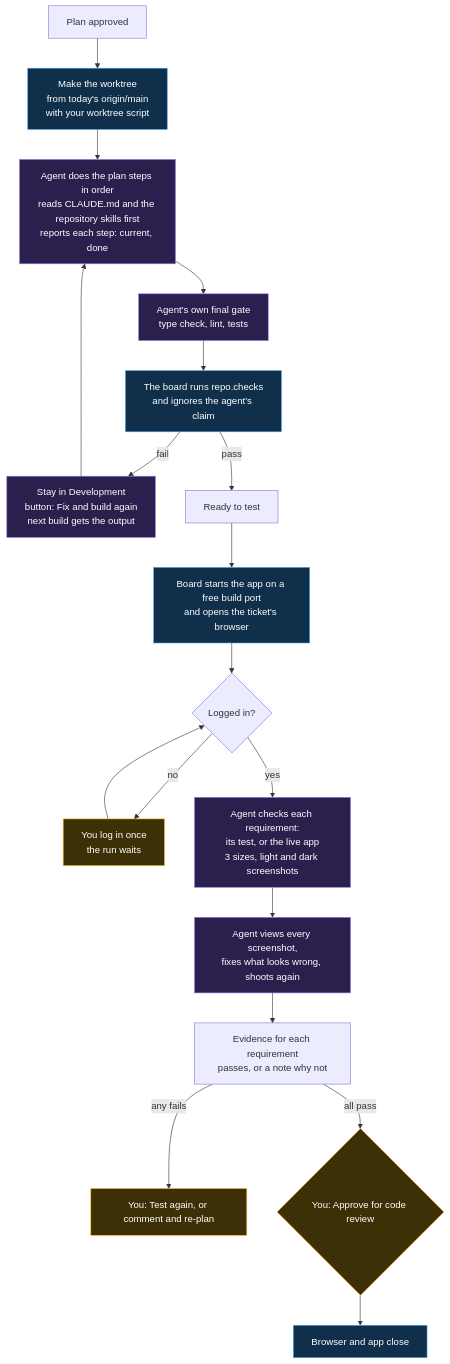
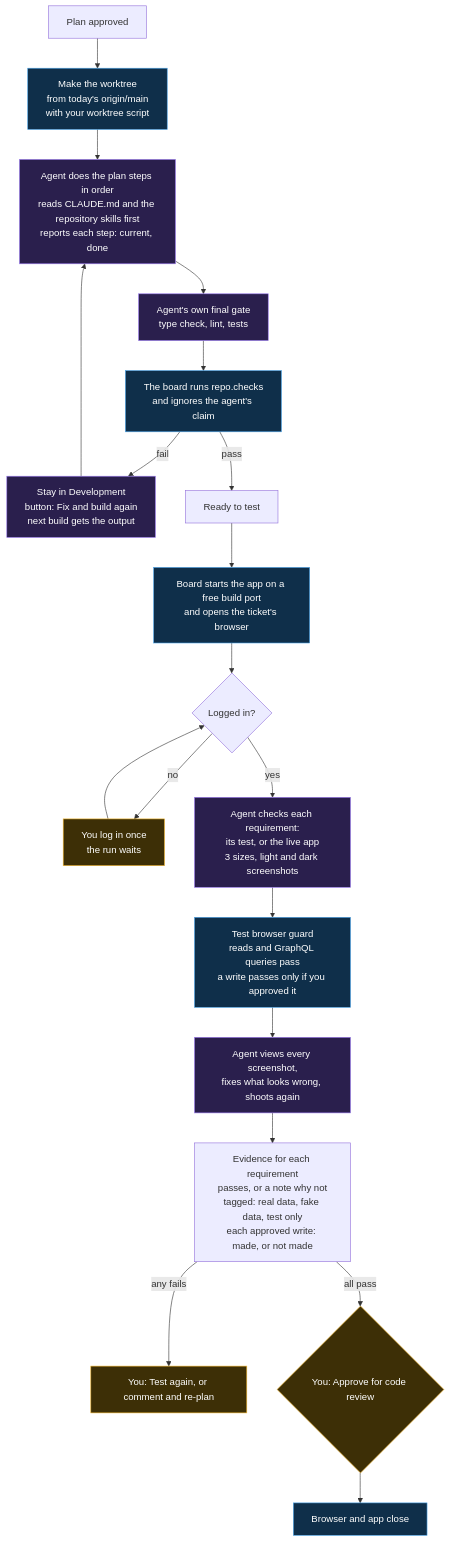
Before and after one commit to justindmyers/agent-ticket-board: the fifth of 7 diagrams in FLOW.md, drawn with Mermaid. The commit also changed other lines of this file and 2 other files, not shown here.

First line of the commit message:
docs: describe the guard, the data labels and the finding choices

````diff
--- a/FLOW.md
+++ b/FLOW.md
@@ -158,25 +158,26 @@
 ```mermaid
 flowchart TD
   OK["Plan approved"] --> WT["Make the worktree<br/>from today's origin/main<br/>with your worktree script"]:::board
   WT --> STEPS["Agent does the plan steps in order<br/>reads CLAUDE.md and the repository skills first<br/>reports each step: current, done"]:::agent
   STEPS --> FINAL["Agent's own final gate<br/>type check, lint, tests"]:::agent
   FINAL --> BOARD["The board runs repo.checks<br/>and ignores the agent's claim"]:::board
   BOARD -->|"fail"| BACK["Stay in Development<br/>button: Fix and build again<br/>next build gets the output"]:::agent
   BACK --> STEPS
   BOARD -->|"pass"| READY["Ready to test"]
 
   READY --> APPUP["Board starts the app on a free build port<br/>and opens the ticket's browser"]:::board
   APPUP --> LOGIN{"Logged in?"}
   LOGIN -->|"no"| YOU["You log in once<br/>the run waits"]:::human
   YOU --> LOGIN
   LOGIN -->|"yes"| CHECK["Agent checks each requirement:<br/>its test, or the live app<br/>3 sizes, light and dark screenshots"]:::agent
-  CHECK --> LOOK["Agent views every screenshot,<br/>fixes what looks wrong, shoots again"]:::agent
-  LOOK --> EVID["Evidence for each requirement<br/>passes, or a note why not"]
+  CHECK --> GUARD["Test browser guard<br/>reads and GraphQL queries pass<br/>a write passes only if you approved it"]:::board
+  GUARD --> LOOK["Agent views every screenshot,<br/>fixes what looks wrong, shoots again"]:::agent
+  LOOK --> EVID["Evidence for each requirement<br/>passes, or a note why not<br/>tagged: real data, fake data, test only<br/>each approved write: made, or not made"]
   EVID -->|"any fails"| RETRY["You: Test again, or comment and re-plan"]:::human
   EVID -->|"all pass"| APPROVE{"You: Approve for code review"}:::human
   APPROVE --> CLOSE["Browser and app close"]:::board
 
   classDef human fill:#3d2f06,stroke:#f5b82e,color:#fff
   classDef agent fill:#2a1f4d,stroke:#9b7bf0,color:#fff
   classDef board fill:#0f2f4a,stroke:#4aa3e8,color:#fff
 ```
````
